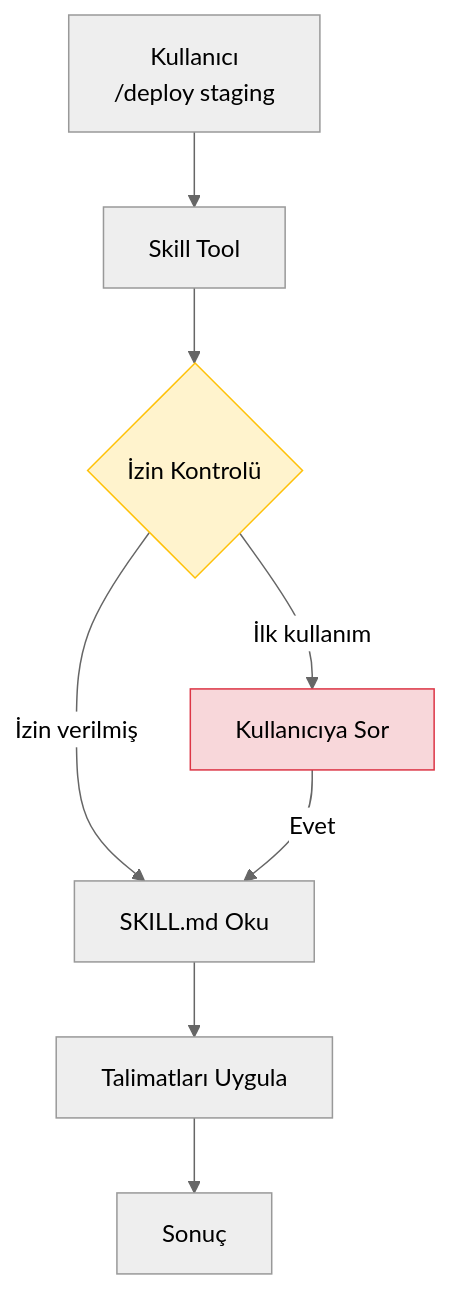
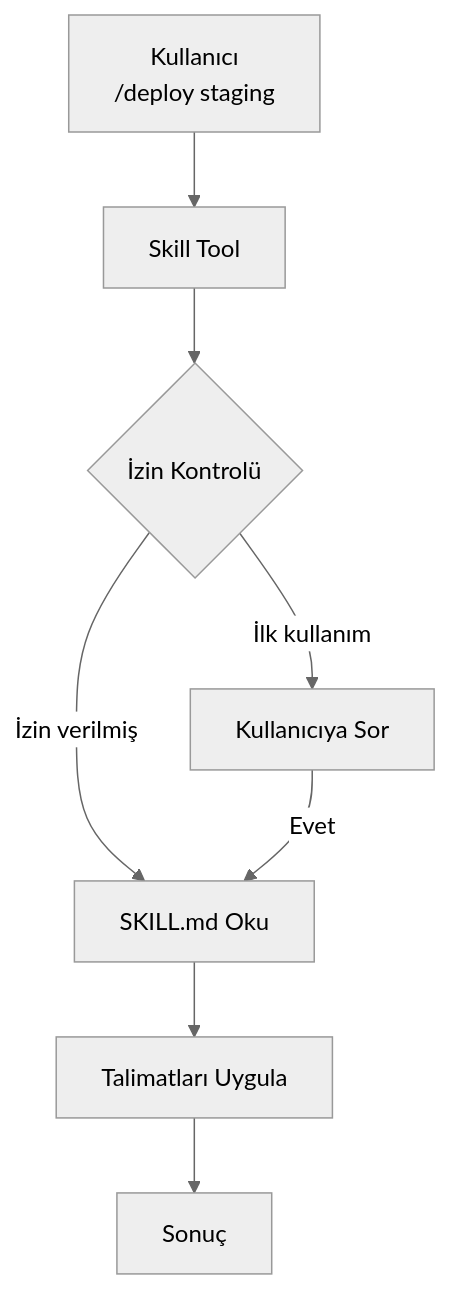
One commit to IzzetYasinAtes/ClaudeCodeHandbook changed the sixth of 6 diagrams in 12-skills-ve-pluginler/01-skills-nedir.md. Above: the diagram before and after it, drawn with Mermaid (neutral theme). The commit also changed other lines of this file and 97 other files, not shown here.

Commit message:
Remove all custom Mermaid style/fill colors from 98 markdown files for consistent dark theme rendering

````diff
--- a/12-skills-ve-pluginler/01-skills-nedir.md
+++ b/12-skills-ve-pluginler/01-skills-nedir.md
@@ -214,13 +212,11 @@
 ```mermaid
 flowchart TD
     USER["Kullanıcı<br/>/deploy staging"] --> SKILL_TOOL["Skill Tool"]
     SKILL_TOOL --> PERM{"İzin Kontrolü"}
     PERM -->|"İlk kullanım"| ASK["Kullanıcıya Sor"]
     PERM -->|"İzin verilmiş"| READ["SKILL.md Oku"]
     ASK -->|"Evet"| READ
     READ --> EXECUTE["Talimatları Uygula"]
     EXECUTE --> RESULT["Sonuç"]
 
-    style PERM fill:#fff3cd,stroke:#ffc107
-    style ASK fill:#f8d7da,stroke:#dc3545
 ```
````
